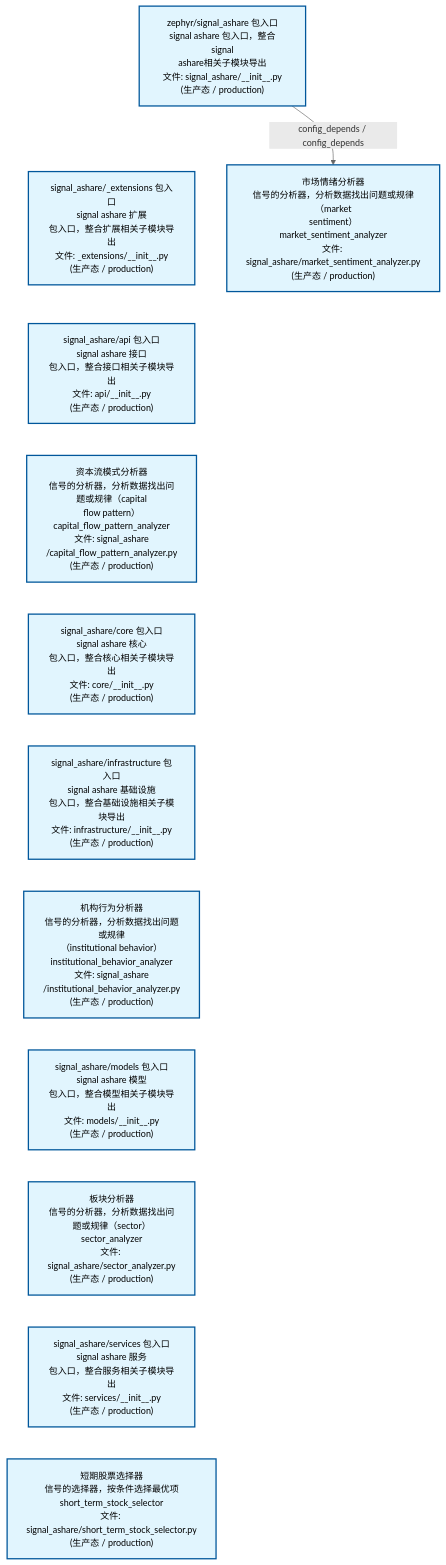
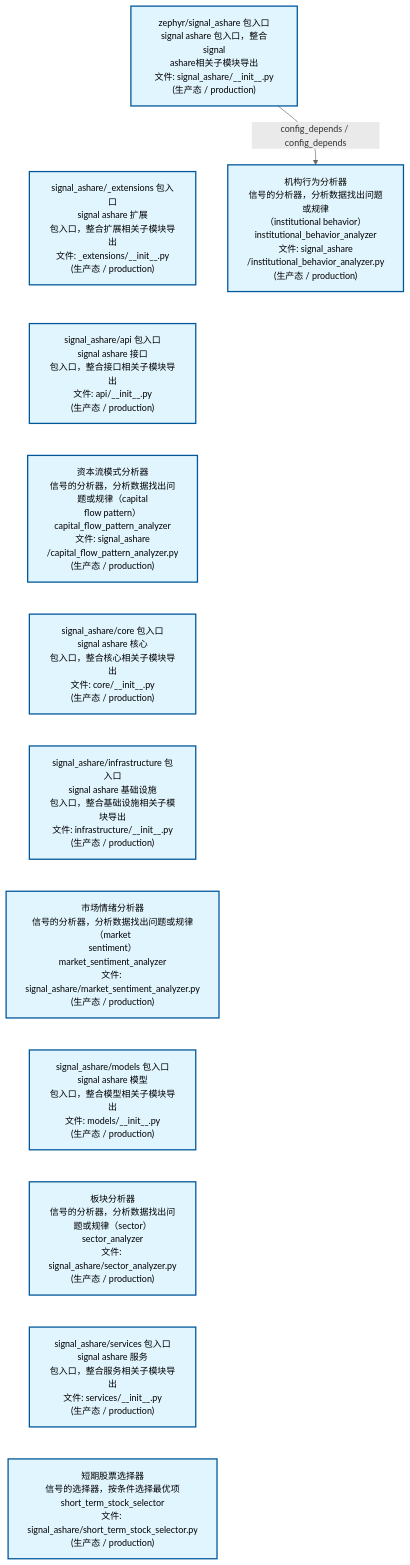
One commit to xuanFelixVan/ZephyrAlpha changed the second of 4 diagrams in docs/02_enterprise_architecture/02_domain_architecture_docs/32_d_ashare_signal.md. Above: the diagram before and after it, drawn with Mermaid. The commit also changed other lines of this file and 46 other files, not shown here.

````diff
--- a/docs/02_enterprise_architecture/02_domain_architecture_docs/32_d_ashare_signal.md
+++ b/docs/02_enterprise_architecture/02_domain_architecture_docs/32_d_ashare_signal.md
@@ -110,32 +110,32 @@
 ```mermaid
 %%{init: {'theme': 'base', 'themeVariables': {'primaryColor': '#eaeaea', 'primaryTextColor': '#333333', 'primaryBorderColor': '#666666', 'lineColor': '#666666', 'secondaryColor': '#eaeaea', 'tertiaryColor': '#eaeaea', 'fontSize': '14px'}}}%%
 flowchart TD
     src_zephyr_signal_ashare_init_py["zephyr/signal_ashare 包入口<br/>signal ashare 包入口，整合signal<br/>ashare相关子模块导出<br/>文件: signal_ashare/__init__.py<br/>(生产态 / production)"]
     src_zephyr_signal_ashare_extensions_init_py["signal_ashare/_extensions 包入口<br/>signal ashare 扩展<br/>包入口，整合扩展相关子模块导出<br/>文件: _extensions/__init__.py<br/>(生产态 / production)"]
     src_zephyr_signal_ashare_api_init_py["signal_ashare/api 包入口<br/>signal ashare 接口<br/>包入口，整合接口相关子模块导出<br/>文件: api/__init__.py<br/>(生产态 / production)"]
     src_zephyr_signal_ashare_capital_flow_pattern_analyzer_py["资本流模式分析器<br/>信号的分析器，分析数据找出问题或规律（capital<br/>flow pattern）<br/>capital_flow_pattern_analyzer<br/>文件: signal_ashare<br/>/capital_flow_pattern_analyzer.py<br/>(生产态 / production)"]
     src_zephyr_signal_ashare_core_init_py["signal_ashare/core 包入口<br/>signal ashare 核心<br/>包入口，整合核心相关子模块导出<br/>文件: core/__init__.py<br/>(生产态 / production)"]
     src_zephyr_signal_ashare_infrastructure_init_py["signal_ashare/infrastructure 包入口<br/>signal ashare 基础设施<br/>包入口，整合基础设施相关子模块导出<br/>文件: infrastructure/__init__.py<br/>(生产态 / production)"]
-    src_zephyr_signal_ashare_institutional_behavior_analyzer_py["机构行为分析器<br/>信号的分析器，分析数据找出问题或规律<br/>（institutional behavior）<br/>institutional_behavior_analyzer<br/>文件: signal_ashare<br/>/institutional_behavior_analyzer.py<br/>(生产态 / production)"]
+    src_zephyr_signal_ashare_market_sentiment_analyzer_py["市场情绪分析器<br/>信号的分析器，分析数据找出问题或规律（market<br/>sentiment）<br/>market_sentiment_analyzer<br/>文件: signal_ashare/market_sentiment_analyzer.py<br/>(生产态 / production)"]
     src_zephyr_signal_ashare_models_init_py["signal_ashare/models 包入口<br/>signal ashare 模型<br/>包入口，整合模型相关子模块导出<br/>文件: models/__init__.py<br/>(生产态 / production)"]
     src_zephyr_signal_ashare_sector_analyzer_py["板块分析器<br/>信号的分析器，分析数据找出问题或规律（sector）<br/>sector_analyzer<br/>文件: signal_ashare/sector_analyzer.py<br/>(生产态 / production)"]
     src_zephyr_signal_ashare_services_init_py["signal_ashare/services 包入口<br/>signal ashare 服务<br/>包入口，整合服务相关子模块导出<br/>文件: services/__init__.py<br/>(生产态 / production)"]
     src_zephyr_signal_ashare_short_term_stock_selector_py["短期股票选择器<br/>信号的选择器，按条件选择最优项<br/>short_term_stock_selector<br/>文件: signal_ashare/short_term_stock_selector.py<br/>(生产态 / production)"]
     src_zephyr_signal_ashare_init_py ~~~ src_zephyr_signal_ashare_extensions_init_py
     src_zephyr_signal_ashare_extensions_init_py ~~~ src_zephyr_signal_ashare_api_init_py
     src_zephyr_signal_ashare_api_init_py ~~~ src_zephyr_signal_ashare_capital_flow_pattern_analyzer_py
     src_zephyr_signal_ashare_capital_flow_pattern_analyzer_py ~~~ src_zephyr_signal_ashare_core_init_py
     src_zephyr_signal_ashare_core_init_py ~~~ src_zephyr_signal_ashare_infrastructure_init_py
-    src_zephyr_signal_ashare_infrastructure_init_py ~~~ src_zephyr_signal_ashare_institutional_behavior_analyzer_py
-    src_zephyr_signal_ashare_institutional_behavior_analyzer_py ~~~ src_zephyr_signal_ashare_models_init_py
+    src_zephyr_signal_ashare_infrastructure_init_py ~~~ src_zephyr_signal_ashare_market_sentiment_analyzer_py
+    src_zephyr_signal_ashare_market_sentiment_analyzer_py ~~~ src_zephyr_signal_ashare_models_init_py
     src_zephyr_signal_ashare_models_init_py ~~~ src_zephyr_signal_ashare_sector_analyzer_py
     src_zephyr_signal_ashare_sector_analyzer_py ~~~ src_zephyr_signal_ashare_services_init_py
     src_zephyr_signal_ashare_services_init_py ~~~ src_zephyr_signal_ashare_short_term_stock_selector_py
-    src_zephyr_signal_ashare_market_sentiment_analyzer_py["市场情绪分析器<br/>信号的分析器，分析数据找出问题或规律（market<br/>sentiment）<br/>market_sentiment_analyzer<br/>文件: signal_ashare/market_sentiment_analyzer.py<br/>(生产态 / production)"]
-    src_zephyr_signal_ashare_init_py -->|config_depends / config_depends| src_zephyr_signal_ashare_market_sentiment_analyzer_py
+    src_zephyr_signal_ashare_institutional_behavior_analyzer_py["机构行为分析器<br/>信号的分析器，分析数据找出问题或规律<br/>（institutional behavior）<br/>institutional_behavior_analyzer<br/>文件: signal_ashare<br/>/institutional_behavior_analyzer.py<br/>(生产态 / production)"]
+    src_zephyr_signal_ashare_init_py -->|config_depends / config_depends| src_zephyr_signal_ashare_institutional_behavior_analyzer_py
     classDef production fill:#e1f5fe,stroke:#01579b,stroke-width:2px,color:#000
     classDef design fill:#fff3e0,stroke:#e65100,stroke-width:2px,color:#000,stroke-dasharray: 5 5
     classDef external_prod fill:#e8f4fd,stroke:#0277bd,stroke-width:1px,color:#000
     classDef external_design fill:#fff8e7,stroke:#ef6c00,stroke-width:1px,color:#000,stroke-dasharray: 5 5
     class src_zephyr_signal_ashare_init_py,src_zephyr_signal_ashare_extensions_init_py,src_zephyr_signal_ashare_api_init_py,src_zephyr_signal_ashare_capital_flow_pattern_analyzer_py,src_zephyr_signal_ashare_core_init_py,src_zephyr_signal_ashare_infrastructure_init_py,src_zephyr_signal_ashare_institutional_behavior_analyzer_py,src_zephyr_signal_ashare_market_sentiment_analyzer_py,src_zephyr_signal_ashare_models_init_py,src_zephyr_signal_ashare_sector_analyzer_py,src_zephyr_signal_ashare_services_init_py,src_zephyr_signal_ashare_short_term_stock_selector_py production
 ```
````
